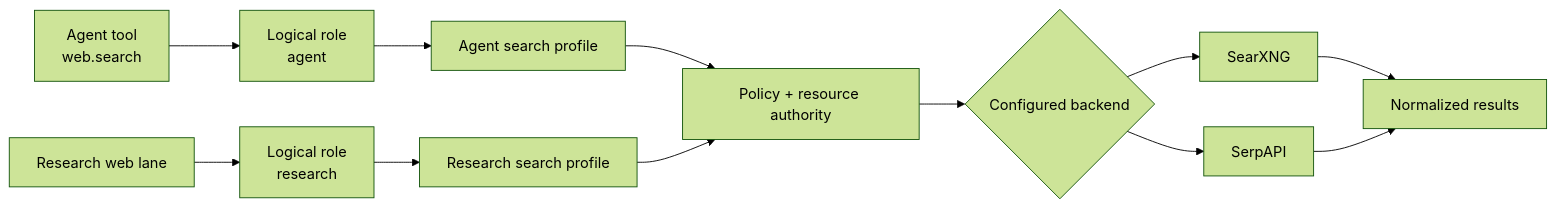
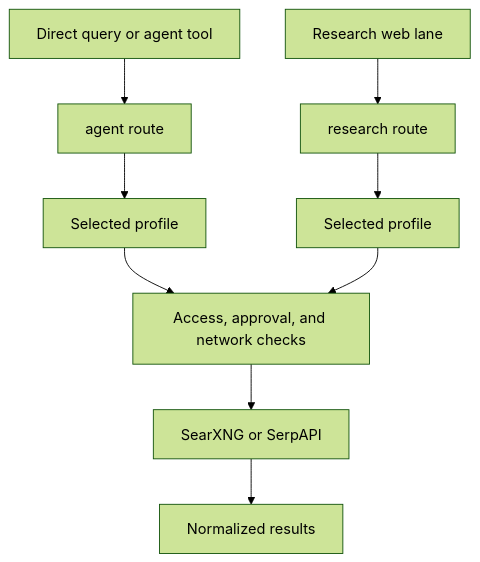
Before and after one commit to obscuritylabs/Colossus: the diagram in docs/use/web-search.md, drawn with Mermaid (forest theme). The commit also changed other lines of this file and 12 other files, not shown here.

````diff
--- a/docs/use/web-search.md
+++ b/docs/use/web-search.md
@@ -113,14 +106,11 @@
 ```mermaid
-flowchart LR
-    A["Agent tool<br/>web.search"] --> R["Logical role<br/>agent"]
-    D["Research web lane"] --> S["Logical role<br/>research"]
-    R --> P1["Agent search profile"]
-    S --> P2["Research search profile"]
-    P1 --> G["Policy + resource authority"]
-    P2 --> G
-    G --> B{"Configured backend"}
-    B --> X["SearXNG"]
-    B --> Y["SerpAPI"]
-    X --> N["Normalized results"]
-    Y --> N
+flowchart TB
+    A["Direct query or agent tool"] --> AR["agent route"]
+    R["Research web lane"] --> RR["research route"]
+    AR --> AP["Selected profile"]
+    RR --> RP["Selected profile"]
+    AP --> G["Access, approval, and network checks"]
+    RP --> G
+    G --> B["SearXNG or SerpAPI"]
+    B --> N["Normalized results"]
 ```
````
